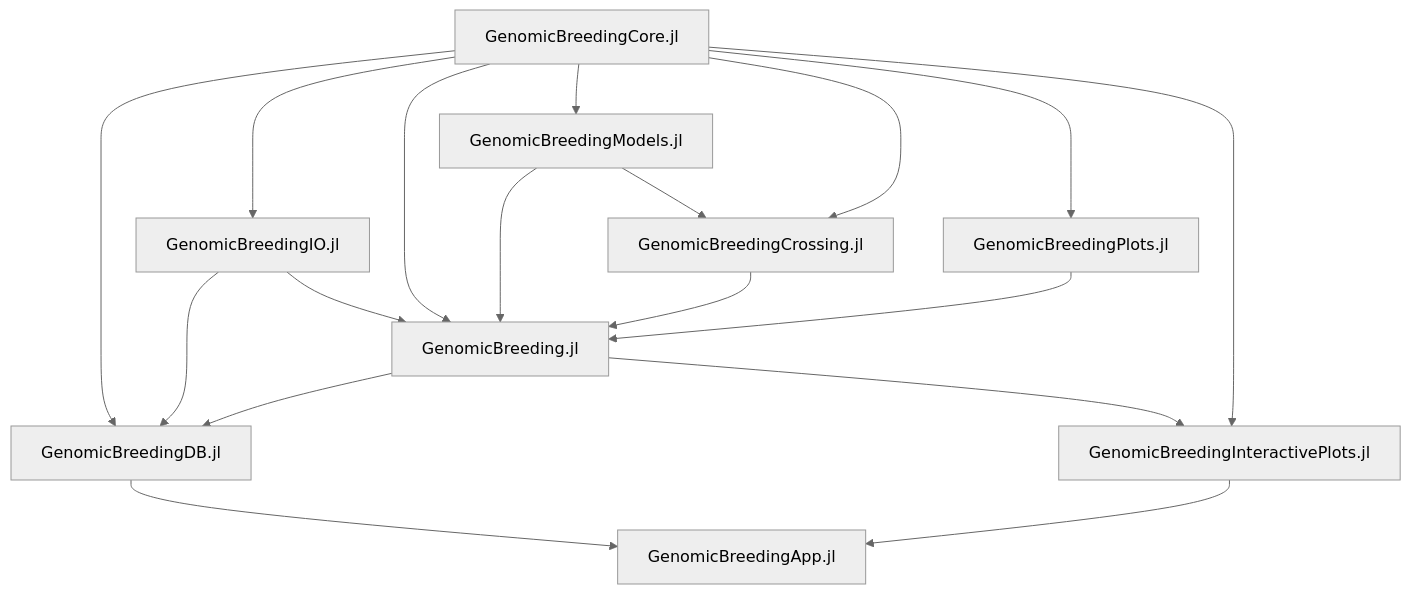
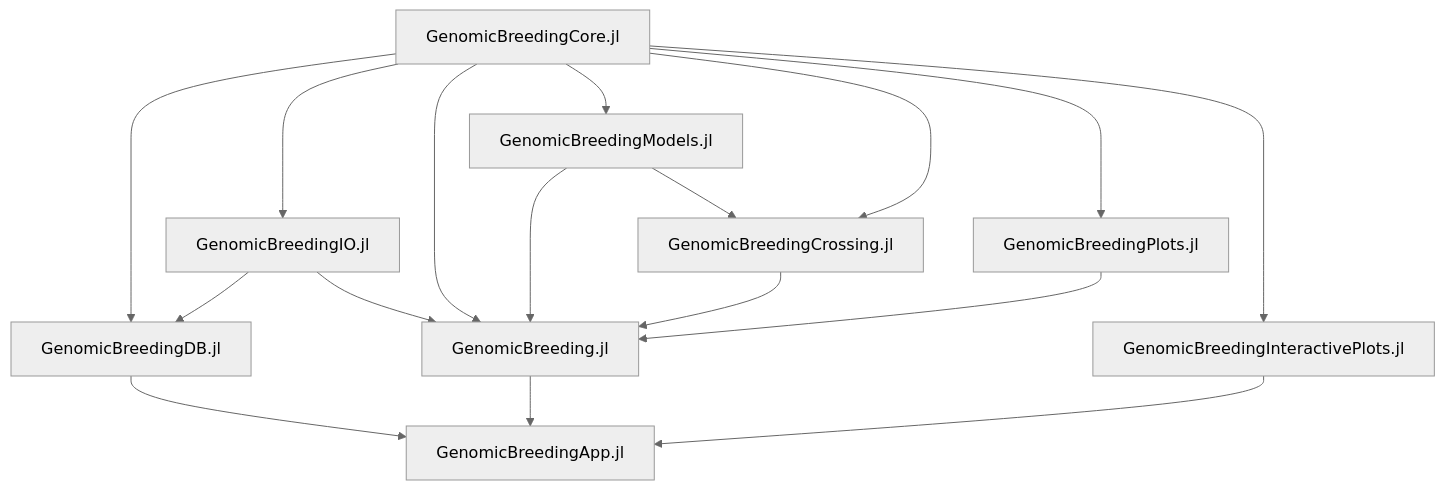
Before and after one commit to GenomicBreeding/.github: the diagram in profile/README.md, drawn with Mermaid (neutral theme).

````diff
--- a/profile/README.md
+++ b/profile/README.md
@@ -23,22 +23,21 @@
 ```mermaid
 flowchart TB
     Core[GenomicBreedingCore.jl] --> DB[GenomicBreedingDB.jl]
     Core --> IO[GenomicBreedingIO.jl]
     Core --> Workflow[GenomicBreeding.jl]
     IO --> DB
     IO --> Workflow
     Models[GenomicBreedingModels.jl] --> Workflow
     Plots[GenomicBreedingPlots.jl] --> Workflow
     Cross[GenomicBreedingCrossing.jl] --> Workflow
     
     Core --> Models
     Core --> Cross
     Core --> Plots
     
     Models --> Cross
-    Workflow --> DB
     Core --> IPlots[GenomicBreedingInteractivePlots.jl]
-    Workflow --> IPlots
     DB --> App[GenomicBreedingApp.jl]
     IPlots --> App
+    Workflow --> App
 ```
````
